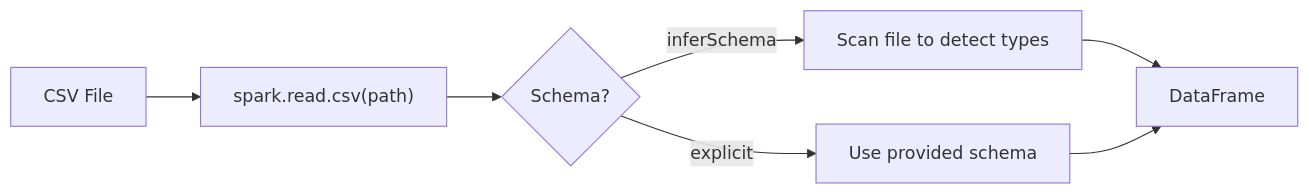
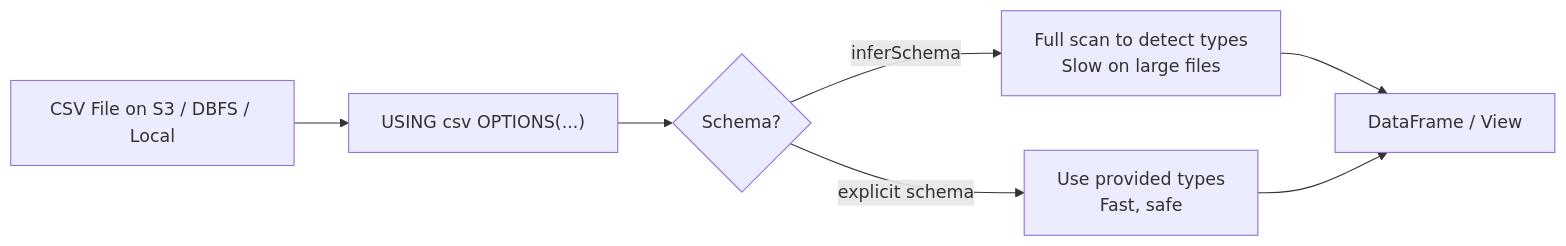
The diagram in spark-sql/docs/datasource/csv.md (mahfooziiitian/spark-batch), drawn with Mermaid before and after one commit. The commit also changed other lines of this file and 223 other files, not shown here.

````diff
--- a/spark-sql/docs/datasource/csv.md
+++ b/spark-sql/docs/datasource/csv.md
@@ -8,9 +11,9 @@
 ```mermaid
 graph LR
-    A[CSV File] --> B["spark.read.csv(path)"]
+    A[CSV File on S3 / DBFS / Local] --> B["USING csv OPTIONS(...)"]
     B --> C{Schema?}
-    C -->|inferSchema| D[Scan file to detect types]
-    C -->|explicit| E[Use provided schema]
-    D --> F[DataFrame]
+    C -- inferSchema --> D[Full scan to detect types\nSlow on large files]
+    C -- explicit schema --> E[Use provided types\nFast, safe]
+    D --> F[DataFrame / View]
     E --> F
 ```
````
